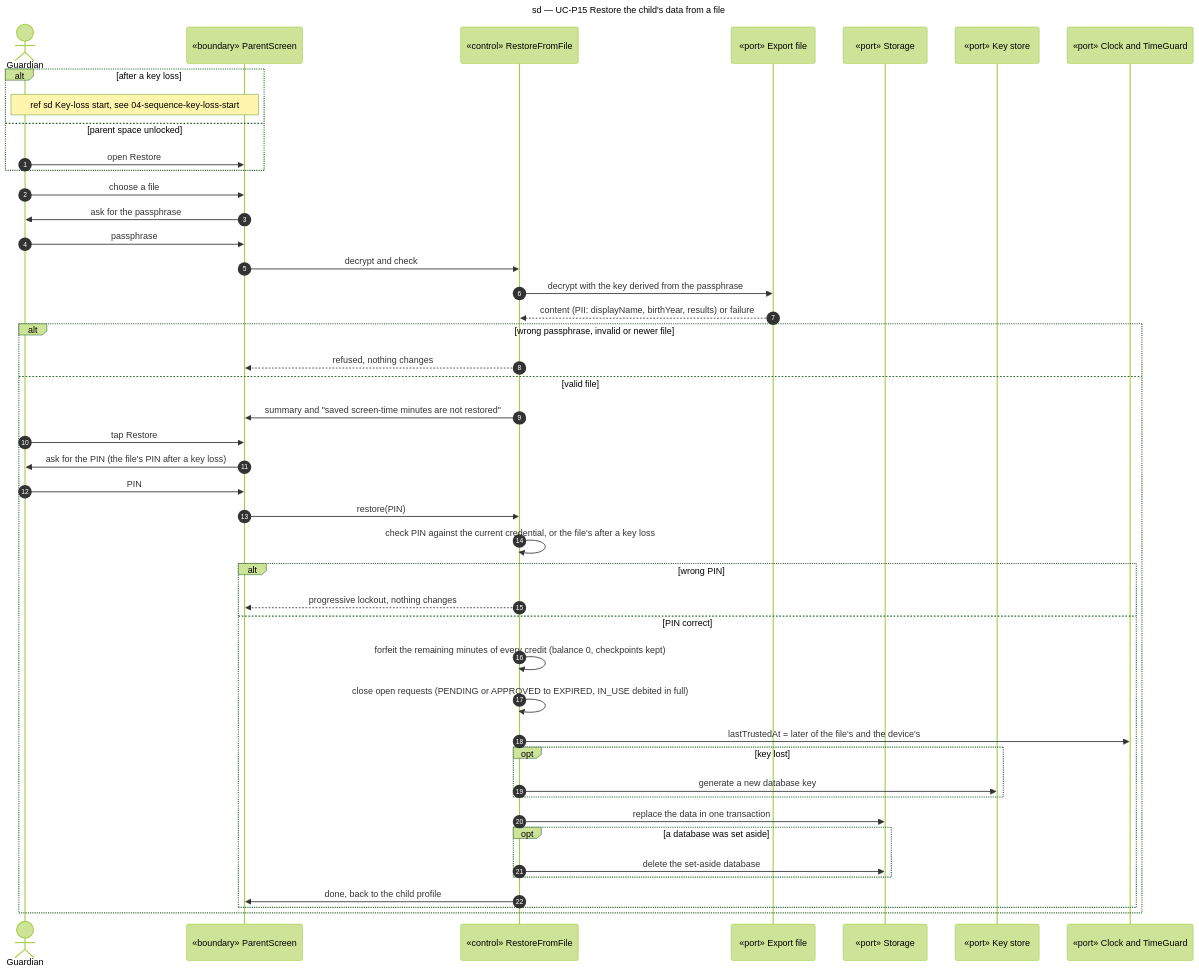
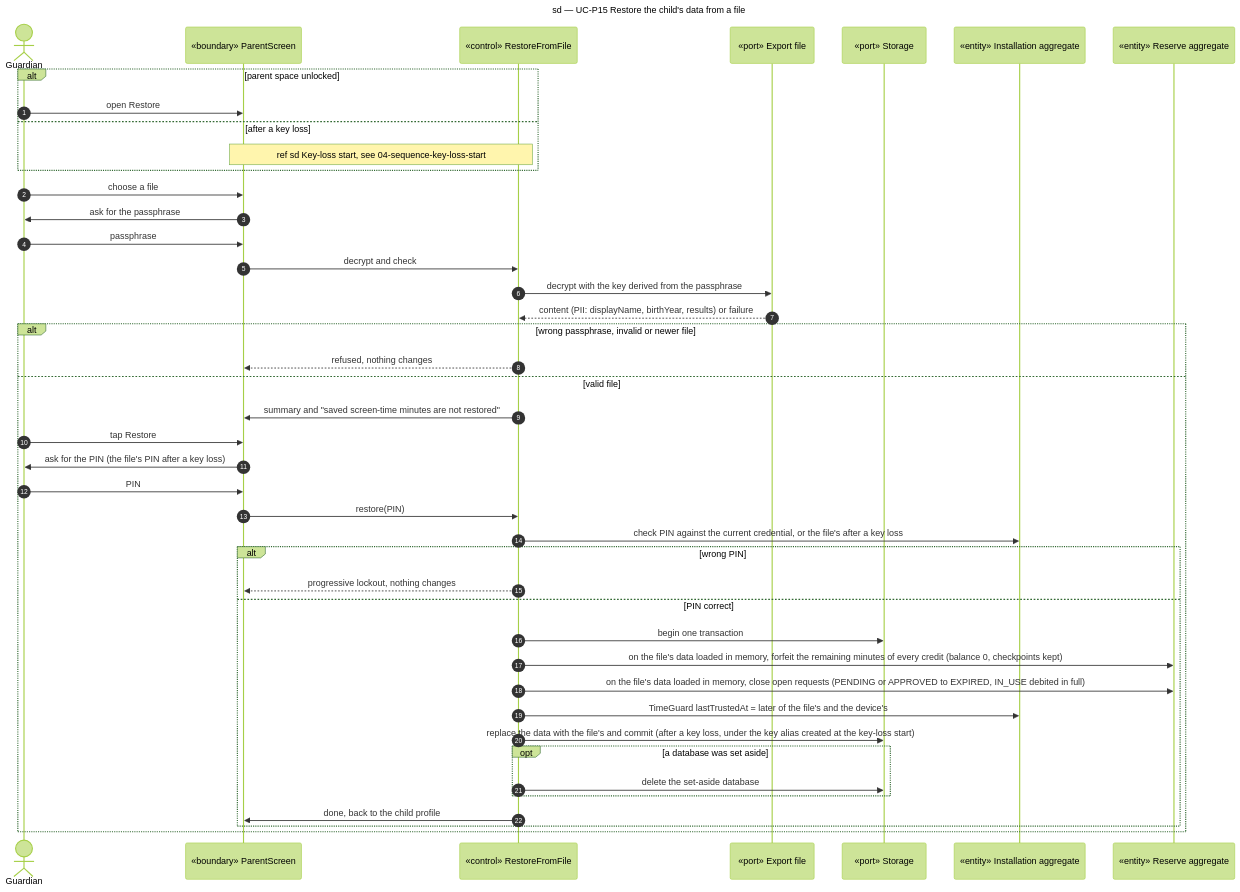
The diagram in docs/architecture/diagrams/parent-space/03-sequence-restore.md (benoit-bremaud/learn-to-earn), drawn with Mermaid (forest theme) before and after one commit. The commit also changed other lines of this file and 29 other files, not shown here.

First line of the commit message:
docs(architecture): clear the design backlog after the story review

````diff
--- a/docs/architecture/diagrams/parent-space/03-sequence-restore.md
+++ b/docs/architecture/diagrams/parent-space/03-sequence-restore.md
@@ -18,49 +18,47 @@
 ```mermaid
 sequenceDiagram
   title sd — UC-P15 Restore the child's data from a file
   autonumber
   actor Guardian
   participant PUI as «boundary» ParentScreen
   participant Ctl as «control» RestoreFromFile
   participant File as «port» Export file
   participant Store as «port» Storage
-  participant Keys as «port» Key store
-  participant Clock as «port» Clock and TimeGuard
+  participant Inst as «entity» Installation aggregate
+  participant Reserve as «entity» Reserve aggregate
 
-  alt after a key loss
-    Note over Guardian,PUI: ref sd Key-loss start, see 04-sequence-key-loss-start
-  else parent space unlocked
+  alt parent space unlocked
     Guardian->>PUI: open Restore
+  else after a key loss
+    Note over PUI,Ctl: ref sd Key-loss start, see 04-sequence-key-loss-start
   end
   Guardian->>PUI: choose a file
   PUI->>Guardian: ask for the passphrase
   Guardian->>PUI: passphrase
   PUI->>Ctl: decrypt and check
   Ctl->>File: decrypt with the key derived from the passphrase
   File-->>Ctl: content (PII: displayName, birthYear, results) or failure
   alt wrong passphrase, invalid or newer file
     Ctl-->>PUI: refused, nothing changes
   else valid file
     Ctl->>PUI: summary and "saved screen-time minutes are not restored"
     Guardian->>PUI: tap Restore
     PUI->>Guardian: ask for the PIN (the file's PIN after a key loss)
     Guardian->>PUI: PIN
     PUI->>Ctl: restore(PIN)
-    Ctl->>Ctl: check PIN against the current credential, or the file's after a key loss
+    Ctl->>Inst: check PIN against the current credential, or the file's after a key loss
     alt wrong PIN
       Ctl-->>PUI: progressive lockout, nothing changes
     else PIN correct
-      Ctl->>Ctl: forfeit the remaining minutes of every credit (balance 0, checkpoints kept)
-      Ctl->>Ctl: close open requests (PENDING or APPROVED to EXPIRED, IN_USE debited in full)
-      Ctl->>Clock: lastTrustedAt = later of the file's and the device's
-      opt key lost
-        Ctl->>Keys: generate a new database key
-      end
-      Ctl->>Store: replace the data in one transaction
+      Ctl->>Store: begin one transaction
+      Ctl->>Reserve: on the file's data loaded in memory, forfeit the remaining minutes of every credit (balance 0, checkpoints kept)
+      Ctl->>Reserve: on the file's data loaded in memory, close open requests (PENDING or APPROVED to EXPIRED, IN_USE debited in full)
+      Ctl->>Inst: TimeGuard lastTrustedAt = later of the file's and the device's
+      Ctl->>Store: replace the data with the file's and commit (after a key loss, under the key alias created at the key-loss start)
       opt a database was set aside
         Ctl->>Store: delete the set-aside database
       end
       Ctl->>PUI: done, back to the child profile
     end
   end
 ```
````
